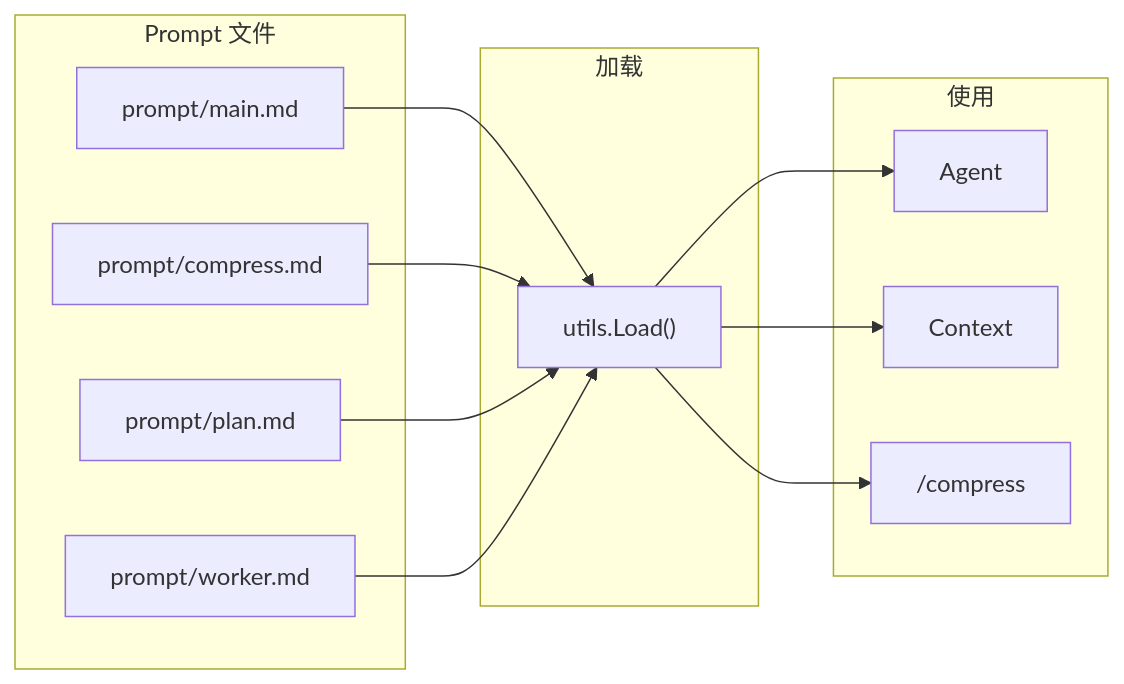
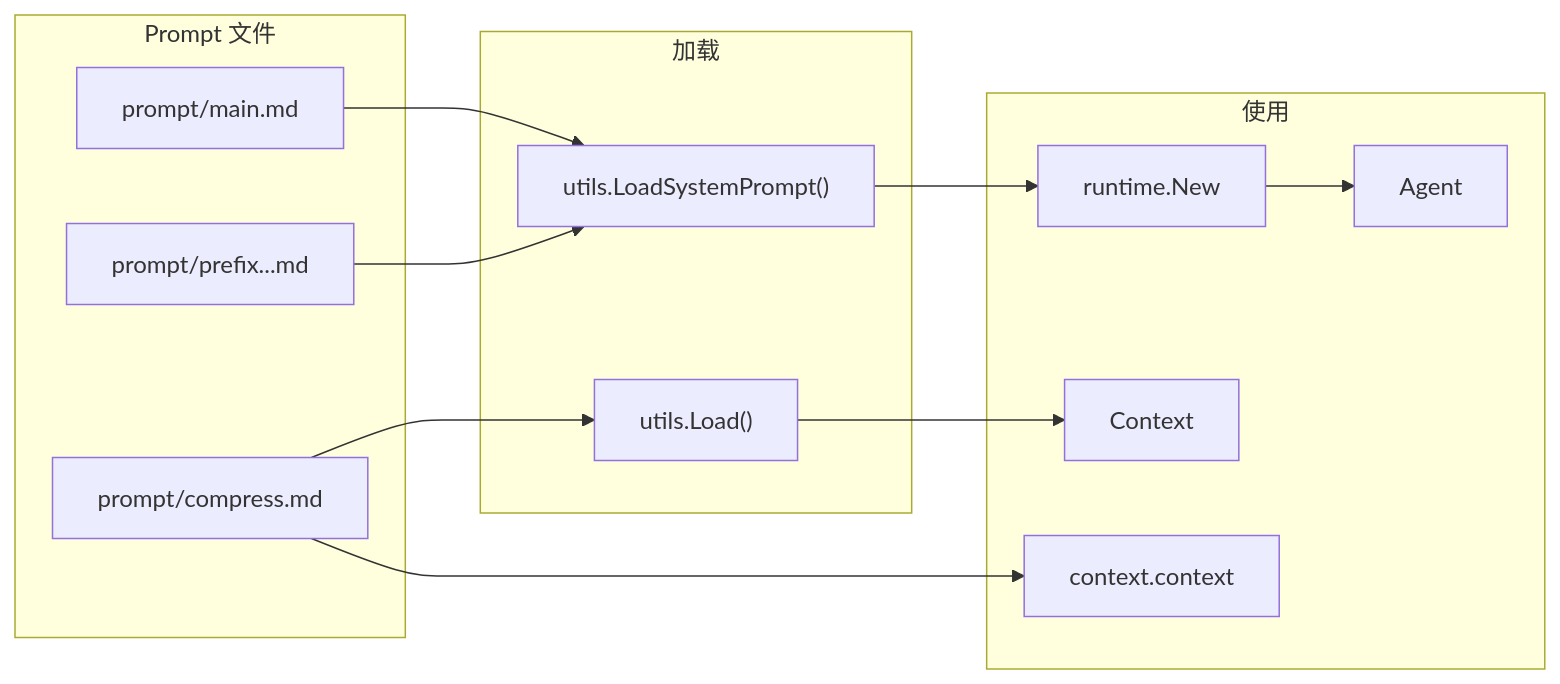
Before and after one commit to Ozqi/5hAgent: the diagram in doc/prompt.md, drawn with Mermaid. The commit also changed other lines of this file and 50 other files, not shown here.

First line of the commit message:
feat(runtime): add headless context workflow

````diff
--- a/doc/prompt.md
+++ b/doc/prompt.md
@@ -5,28 +5,26 @@
 ```mermaid
 flowchart LR
     subgraph File["Prompt 文件"]
         main["prompt/main.md"]
+        prefix["prompt/prefix.<provider>.<model>.md"]
         compress["prompt/compress.md"]
-        plan["prompt/plan.md"]
-        worker["prompt/worker.md"]
     end
 
     subgraph Load["加载"]
-        utils["utils.Load()"]
+        load["utils.Load()"]
+        system["utils.LoadSystemPrompt()"]
     end
 
     subgraph Use["使用"]
+        runtime["runtime.New"]
         agent["Agent"]
         context["Context"]
-        compress_cmd["/compress"]
+        ctxtool["context.context"]
     end
 
-    main --> utils
-    compress --> utils
-    plan --> utils
-    worker --> utils
-
-    utils --> agent
-    utils --> context
-    utils --> compress_cmd
+    main --> system
+    prefix --> system
+    system --> runtime --> agent
+    compress --> load --> context
+    compress --> ctxtool
 ```
````
